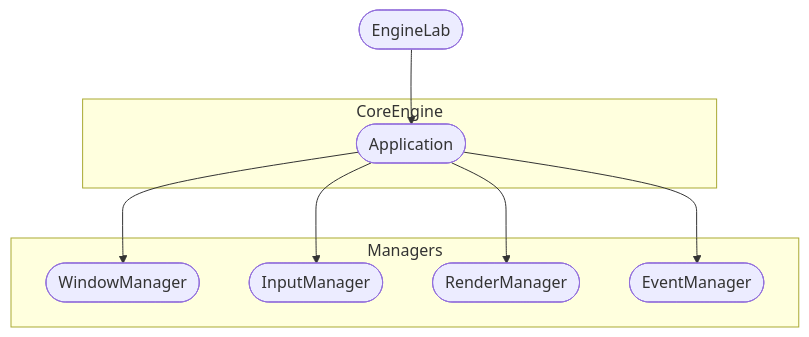
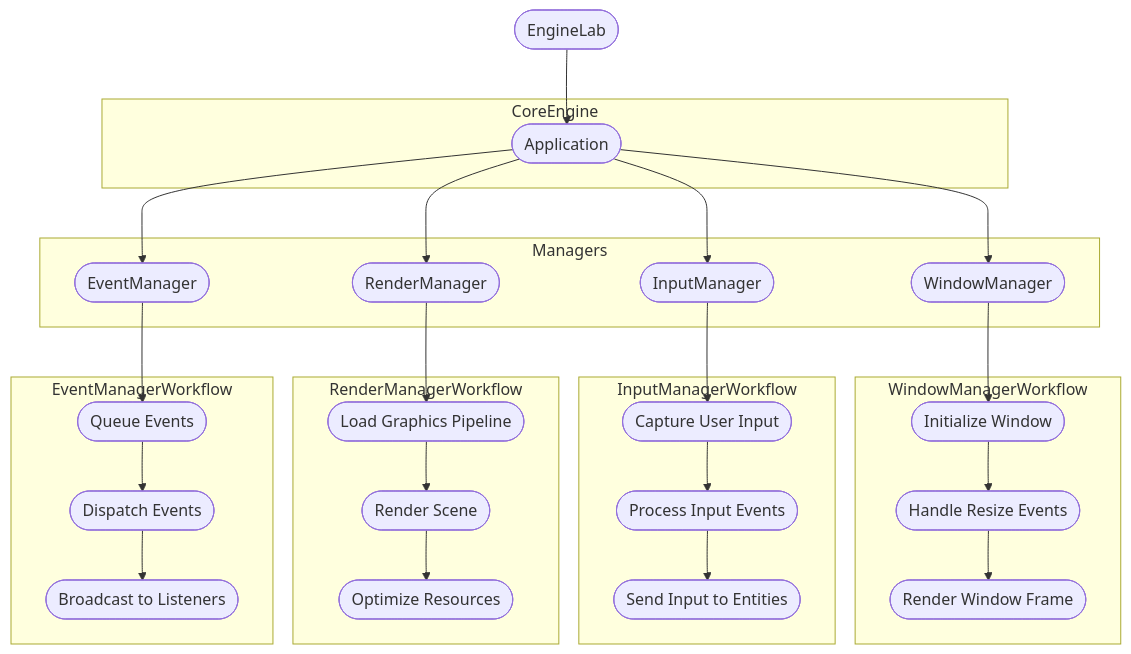
Before and after one commit to devk0n/EngineLab: the diagram in README.md, drawn with Mermaid.

Commit message:
Add workflow diagrams for system managers in README
Enhanced the README to include detailed workflow diagrams for WindowManager, InputManager, RenderManager, and EventManager. These diagrams clarify the relationships and processes for each system manager, improving documentation and developer understanding.

````diff
--- a/README.md
+++ b/README.md
@@ -1,21 +1,54 @@
 ```mermaid
 flowchart TD
     usm([EngineLab]):::main
 
     subgraph CoreEngine
         asm([Application]):::subsystem
     end
 
     subgraph Managers
         s_a(["WindowManager"]):::component
         s_b(["InputManager"]):::component
         s_c(["RenderManager"]):::component
         s_d(["EventManager"]):::component
     end
 
+    %% Main Relationships
     usm --> asm
     asm --> s_a
     asm --> s_b
     asm --> s_c
     asm --> s_d
+
+    %% WindowManager Workflow
+    subgraph WindowManagerWorkflow
+        wa1([Initialize Window])
+        wa2([Handle Resize Events])
+        wa3([Render Window Frame])
+        s_a --> wa1 --> wa2 --> wa3
+    end
+
+    %% InputManager Workflow
+    subgraph InputManagerWorkflow
+        ib1([Capture User Input])
+        ib2([Process Input Events])
+        ib3([Send Input to Entities])
+        s_b --> ib1 --> ib2 --> ib3
+    end
+
+    %% RenderManager Workflow
+    subgraph RenderManagerWorkflow
+        rc1([Load Graphics Pipeline])
+        rc2([Render Scene])
+        rc3([Optimize Resources])
+        s_c --> rc1 --> rc2 --> rc3
+    end
+
+    %% EventManager Workflow
+    subgraph EventManagerWorkflow
+        ev1([Queue Events])
+        ev2([Dispatch Events])
+        ev3([Broadcast to Listeners])
+        s_d --> ev1 --> ev2 --> ev3
+    end
 ```
````
